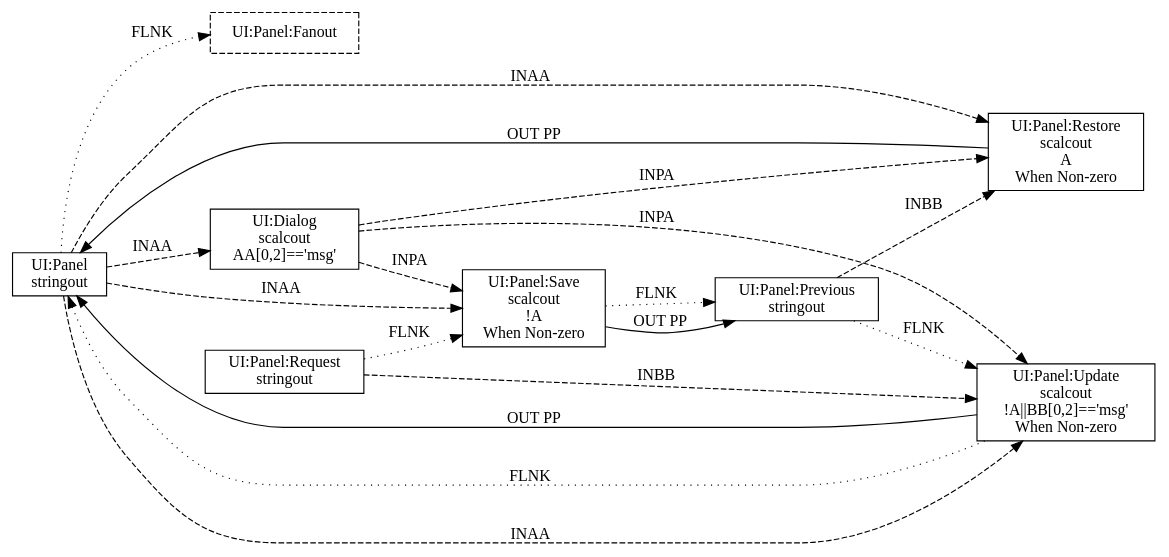
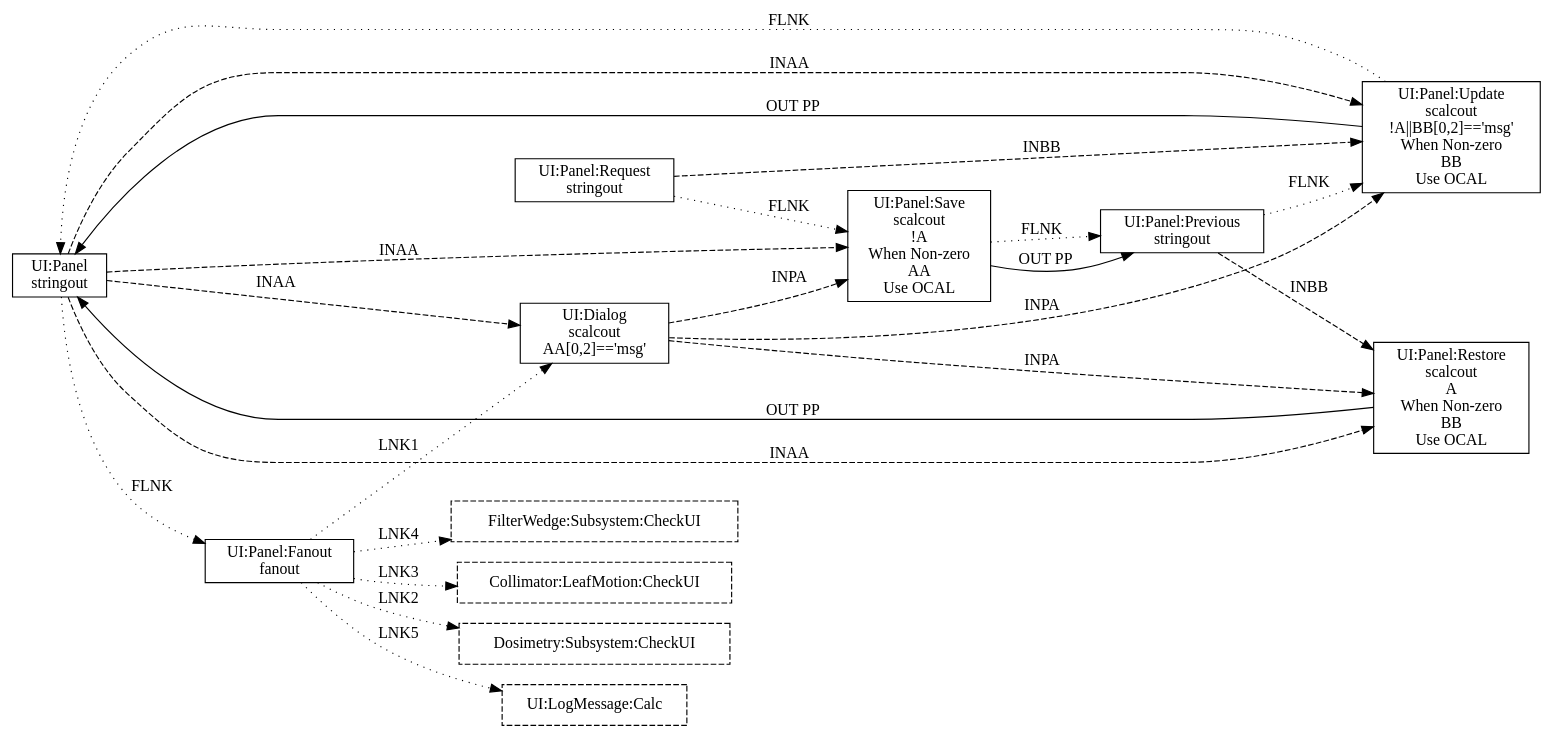
The diagram in db/ui_panel.dot (jon-jacky/EPICS), drawn with Graphviz before and after one commit. The commit also changed 3 other files, not shown here.

```diff
--- a/db/ui_panel.dot
+++ b/db/ui_panel.dot
@@ -1,30 +1,39 @@
 digraph ui_panel {
   rankdir=LR;
 
   "UI:Panel" [ shape=box, label="UI:Panel\nstringout" ]
   "UI:Panel" -> "UI:Panel:Fanout" [ label="FLNK  ", style="dotted" ]
+  "UI:Panel:Fanout" [ shape=box, label="UI:Panel:Fanout\nfanout" ]
+  "UI:Panel:Fanout" -> "UI:Dialog" [ label="LNK1  ", style="dotted" ]
+  "UI:Panel:Fanout" -> "UI:LogMessage:Calc" [ label="LNK5  ", style="dotted" ]
+  "UI:Panel:Fanout" -> "FilterWedge:Subsystem:CheckUI" [ label="LNK4  ", style="dotted" ]
+  "UI:Panel:Fanout" -> "Collimator:LeafMotion:CheckUI" [ label="LNK3  ", style="dotted" ]
+  "UI:Panel:Fanout" -> "Dosimetry:Subsystem:CheckUI" [ label="LNK2  ", style="dotted" ]
   "UI:Dialog" [ shape=box, label="UI:Dialog\nscalcout\nAA[0,2]=='msg'" ]
   "UI:Panel" -> "UI:Dialog" [ label="INAA  ", style="dashed" ]
   "UI:Panel:Request" [ shape=box, label="UI:Panel:Request\nstringout" ]
   "UI:Panel:Request" -> "UI:Panel:Save" [ label="FLNK  ", style="dotted" ]
-  "UI:Panel:Save" [ shape=box, label="UI:Panel:Save\nscalcout\n!A\nWhen Non-zero" ]
+  "UI:Panel:Save" [ shape=box, label="UI:Panel:Save\nscalcout\n!A\nWhen Non-zero\nAA\nUse OCAL" ]
   "UI:Panel:Save" -> "UI:Panel:Previous" [ label="OUT PP ", style="solid" ]
   "UI:Dialog" -> "UI:Panel:Save" [ label="INPA  ", style="dashed" ]
   "UI:Panel:Save" -> "UI:Panel:Previous" [ label="FLNK  ", style="dotted" ]
   "UI:Panel" -> "UI:Panel:Save" [ label="INAA  ", style="dashed" ]
   "UI:Panel:Previous" [ shape=box, label="UI:Panel:Previous\nstringout" ]
   "UI:Panel:Previous" -> "UI:Panel:Update" [ label="FLNK  ", style="dotted" ]
-  "UI:Panel:Update" [ shape=box, label="UI:Panel:Update\nscalcout\n!A||BB[0,2]=='msg'\nWhen Non-zero" ]
+  "UI:Panel:Update" [ shape=box, label="UI:Panel:Update\nscalcout\n!A||BB[0,2]=='msg'\nWhen Non-zero\nBB\nUse OCAL" ]
   "UI:Panel:Request" -> "UI:Panel:Update" [ label="INBB  ", style="dashed" ]
   "UI:Panel:Update" -> "UI:Panel" [ label="OUT PP ", style="solid" ]
   "UI:Dialog" -> "UI:Panel:Update" [ label="INPA  ", style="dashed" ]
   "UI:Panel:Update" -> "UI:Panel" [ label="FLNK  ", style="dotted" ]
   "UI:Panel" -> "UI:Panel:Update" [ label="INAA  ", style="dashed" ]
-  "UI:Panel:Restore" [ shape=box, label="UI:Panel:Restore\nscalcout\nA\nWhen Non-zero" ]
+  "UI:Panel:Restore" [ shape=box, label="UI:Panel:Restore\nscalcout\nA\nWhen Non-zero\nBB\nUse OCAL" ]
   "UI:Panel:Previous" -> "UI:Panel:Restore" [ label="INBB  ", style="dashed" ]
   "UI:Panel:Restore" -> "UI:Panel" [ label="OUT PP ", style="solid" ]
   "UI:Dialog" -> "UI:Panel:Restore" [ label="INPA  ", style="dashed" ]
   "UI:Panel" -> "UI:Panel:Restore" [ label="INAA  ", style="dashed" ]
-  "UI:Panel:Fanout" [ shape=box, style=dashed ]
+  "FilterWedge:Subsystem:CheckUI" [ shape=box, style=dashed ]
+  "UI:LogMessage:Calc" [ shape=box, style=dashed ]
+  "Dosimetry:Subsystem:CheckUI" [ shape=box, style=dashed ]
+  "Collimator:LeafMotion:CheckUI" [ shape=box, style=dashed ]
 
 }
```
